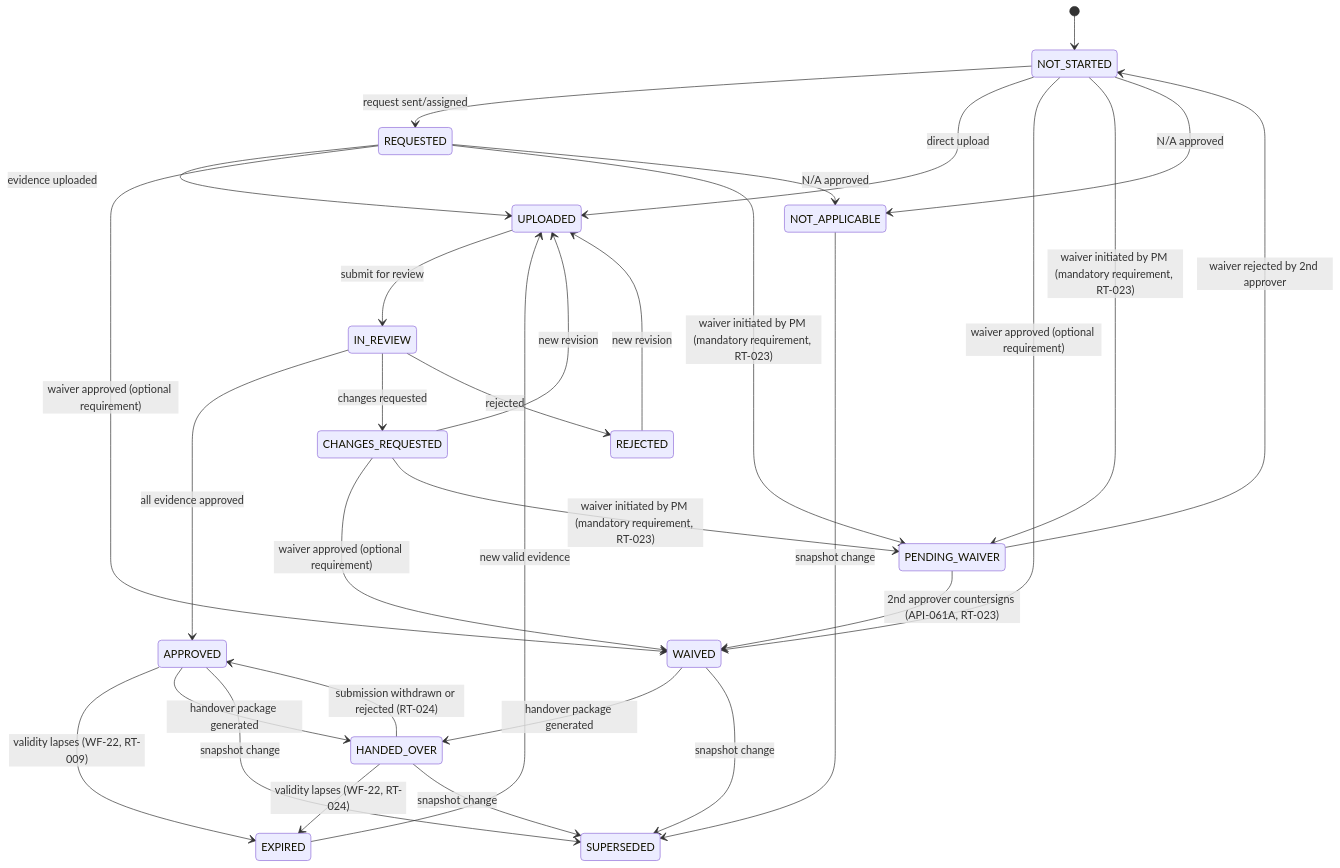
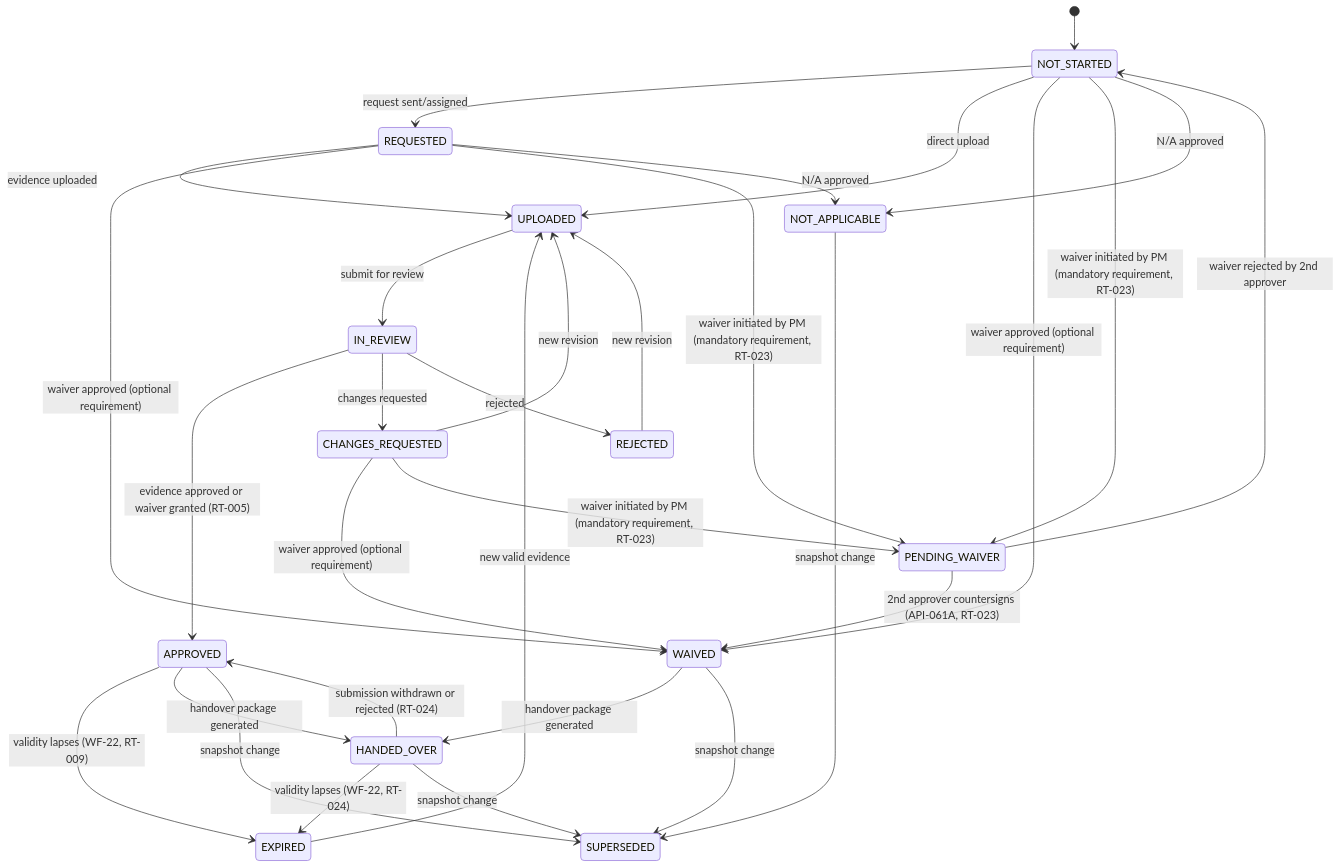
The fifth of 13 diagrams in 06-WORKFLOWS-AND-STATE-MACHINES.md (omniscient2002/tradecloseout), drawn with Mermaid before and after one commit. The commit also changed other lines of this file and 5 other files, not shown here.

````diff
--- a/06-WORKFLOWS-AND-STATE-MACHINES.md
+++ b/06-WORKFLOWS-AND-STATE-MACHINES.md
@@ -120,33 +120,33 @@
 ```mermaid
 stateDiagram-v2
   [*] --> NOT_STARTED
   NOT_STARTED --> REQUESTED: request sent/assigned
   REQUESTED --> UPLOADED: evidence uploaded
   NOT_STARTED --> UPLOADED: direct upload
   UPLOADED --> IN_REVIEW: submit for review
-  IN_REVIEW --> APPROVED: all evidence approved
+  IN_REVIEW --> APPROVED: evidence approved or waiver granted (RT-005)
   IN_REVIEW --> CHANGES_REQUESTED: changes requested
   IN_REVIEW --> REJECTED: rejected
   CHANGES_REQUESTED --> UPLOADED: new revision
   REJECTED --> UPLOADED: new revision
   APPROVED --> EXPIRED: validity lapses (WF-22, RT-009)
   EXPIRED --> UPLOADED: new valid evidence
   NOT_STARTED --> WAIVED: waiver approved (optional requirement)
   REQUESTED --> WAIVED: waiver approved (optional requirement)
   CHANGES_REQUESTED --> WAIVED: waiver approved (optional requirement)
   NOT_STARTED --> PENDING_WAIVER: waiver initiated by PM (mandatory requirement, RT-023)
   REQUESTED --> PENDING_WAIVER: waiver initiated by PM (mandatory requirement, RT-023)
   CHANGES_REQUESTED --> PENDING_WAIVER: waiver initiated by PM (mandatory requirement, RT-023)
   PENDING_WAIVER --> WAIVED: 2nd approver countersigns (API-061A, RT-023)
   PENDING_WAIVER --> NOT_STARTED: waiver rejected by 2nd approver
   NOT_STARTED --> NOT_APPLICABLE: N/A approved
   REQUESTED --> NOT_APPLICABLE: N/A approved
   APPROVED --> HANDED_OVER: handover package generated
   WAIVED --> HANDED_OVER: handover package generated
   HANDED_OVER --> APPROVED: submission withdrawn or rejected (RT-024)
   HANDED_OVER --> EXPIRED: validity lapses (WF-22, RT-024)
   HANDED_OVER --> SUPERSEDED: snapshot change
   APPROVED --> SUPERSEDED: snapshot change
   WAIVED --> SUPERSEDED: snapshot change
   NOT_APPLICABLE --> SUPERSEDED: snapshot change
 ```
````
